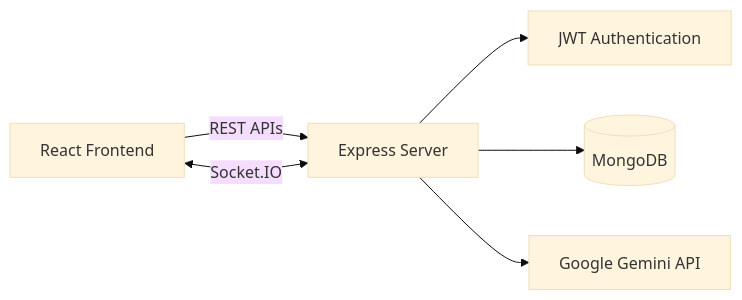
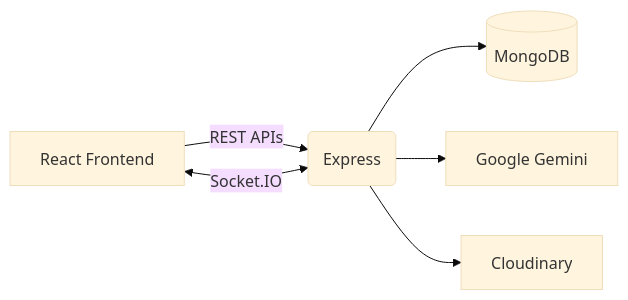
Before and after one commit to kapil2570/DevCircle-Backend: the diagram in Readme.md, drawn with Mermaid (base theme). The commit also changed other lines of this file and 1 other file, not shown here.

````diff
--- a/Readme.md
+++ b/Readme.md
@@ -60,9 +148,15 @@
 ```mermaid
 flowchart LR
-Client["React Frontend"]
-Client -->|REST APIs| Express["Express Server"]
-Client <-->|Socket.IO| Express
-Express --> Auth["JWT Authentication"]
-Express --> Mongo[(MongoDB)]
-Express --> Gemini["Google Gemini API"]
+
+A[React Frontend]
+
+A -->|REST APIs| B(Express)
+
+A <-->|Socket.IO| B
+
+B --> C[(MongoDB)]
+
+B --> D[Google Gemini]
+
+B --> E[Cloudinary]
 ```
````
